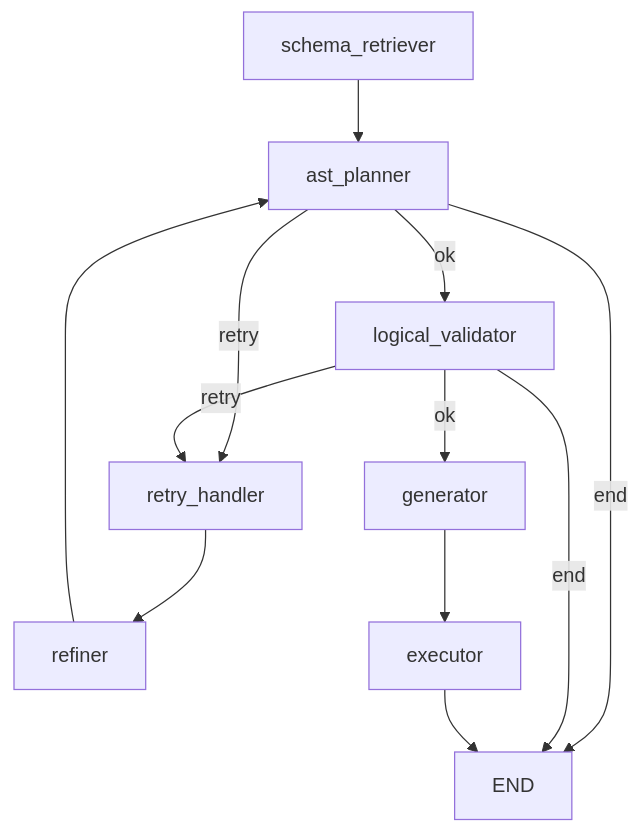
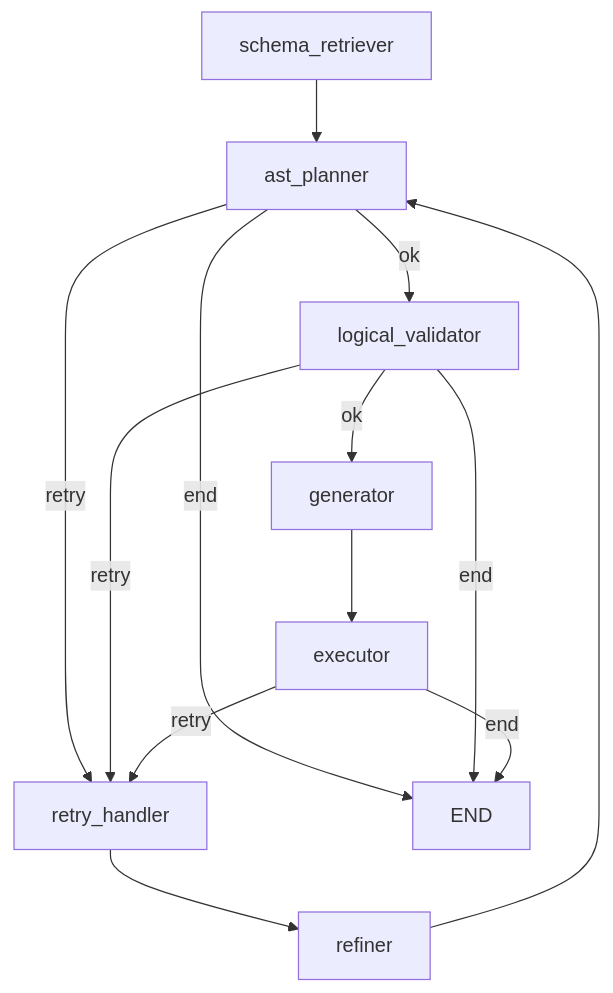
The diagram in docs/architecture/subgraphs/sql_agent.md (nadeem4/nl2sql), drawn with Mermaid before and after one commit. The commit also changed other lines of this file and 19 other files, not shown here.

````diff
--- a/docs/architecture/subgraphs/sql_agent.md
+++ b/docs/architecture/subgraphs/sql_agent.md
@@ -61,12 +63,14 @@
 ```mermaid
 flowchart TD
     schema_retriever --> ast_planner
     ast_planner -->|ok| logical_validator
     ast_planner -->|retry| retry_handler
     ast_planner -->|end| END
     logical_validator -->|ok| generator
     logical_validator -->|retry| retry_handler
     logical_validator -->|end| END
     retry_handler --> refiner --> ast_planner
-    generator --> executor --> END
+    generator --> executor
+    executor -->|retry| retry_handler
+    executor -->|end| END
 ```
````
